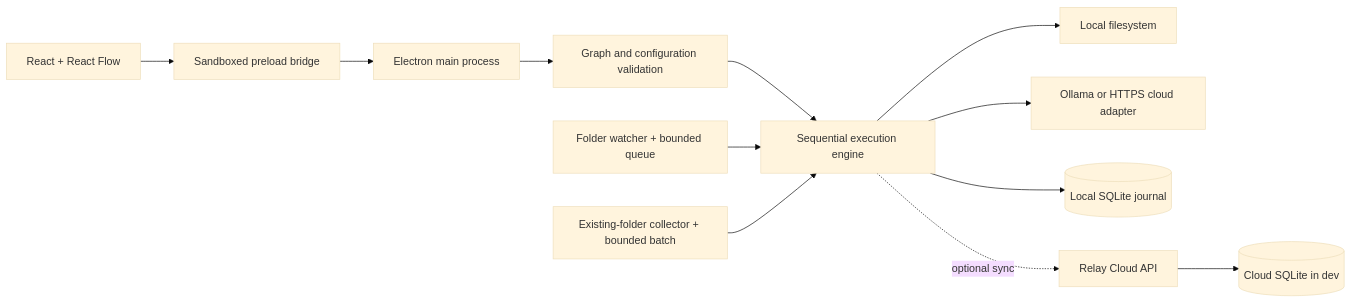
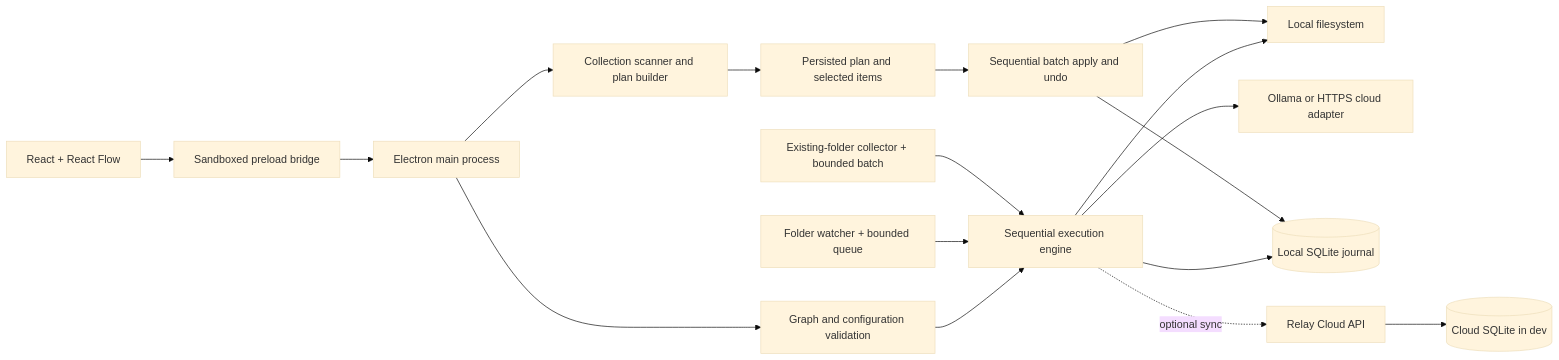
The diagram in docs/architecture.md (Yaqoubj/Relay-Studio), drawn with Mermaid (base theme) before and after one commit. The commit also changed other lines of this file and 35 other files, not shown here.

````diff
--- a/docs/architecture.md
+++ b/docs/architecture.md
@@ -7,14 +7,19 @@
 ```mermaid
 flowchart LR
   UI[React + React Flow] --> Bridge[Sandboxed preload bridge]
   Bridge --> Main[Electron main process]
   Main --> Validate[Graph and configuration validation]
   Validate --> Engine[Sequential execution engine]
   Engine --> Files[Local filesystem]
   Engine --> AI[Ollama or HTTPS cloud adapter]
   Engine --> DB[(Local SQLite journal)]
   Watch[Folder watcher + bounded queue] --> Engine
   Batch[Existing-folder collector + bounded batch] --> Engine
+  Main --> Organizer[Collection scanner and plan builder]
+  Organizer --> Review[Persisted plan and selected items]
+  Review --> Apply[Sequential batch apply and undo]
+  Apply --> Files
+  Apply --> DB
   Engine -. optional sync .-> API[Relay Cloud API]
   API --> CloudDB[(Cloud SQLite in dev)]
 ```
````
